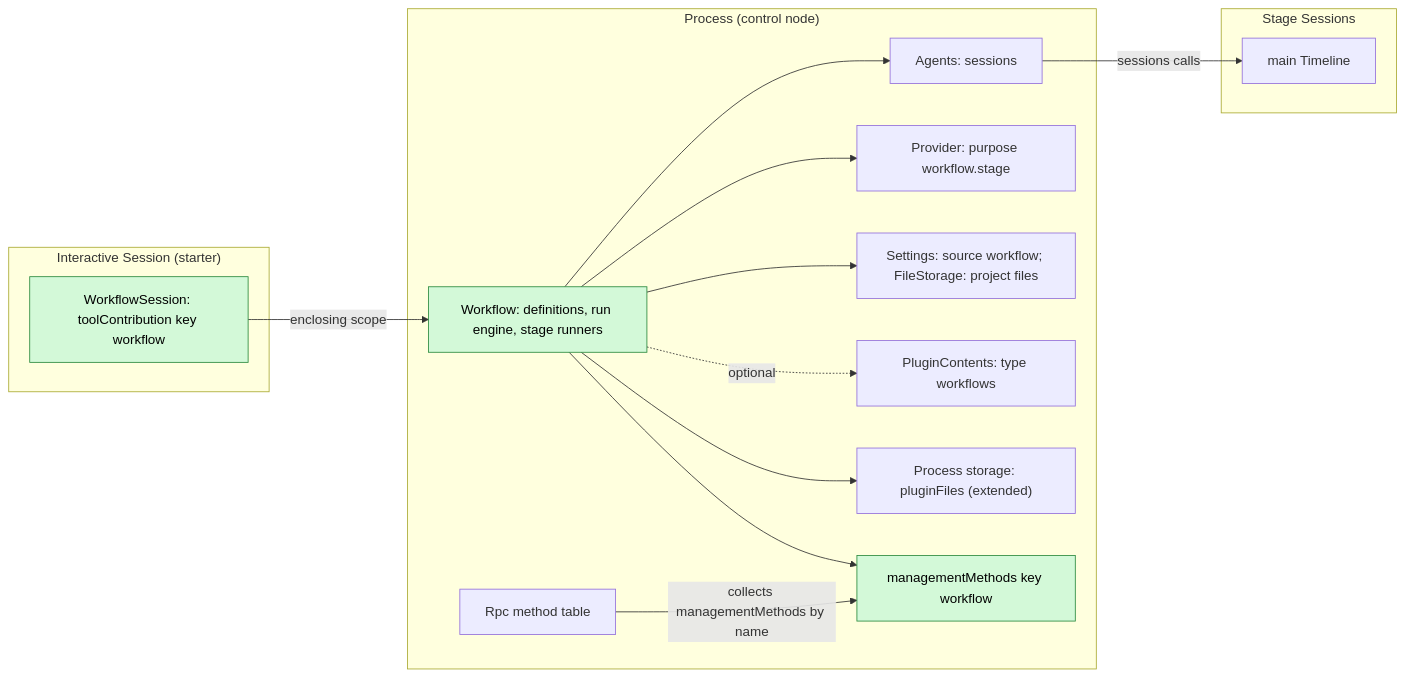
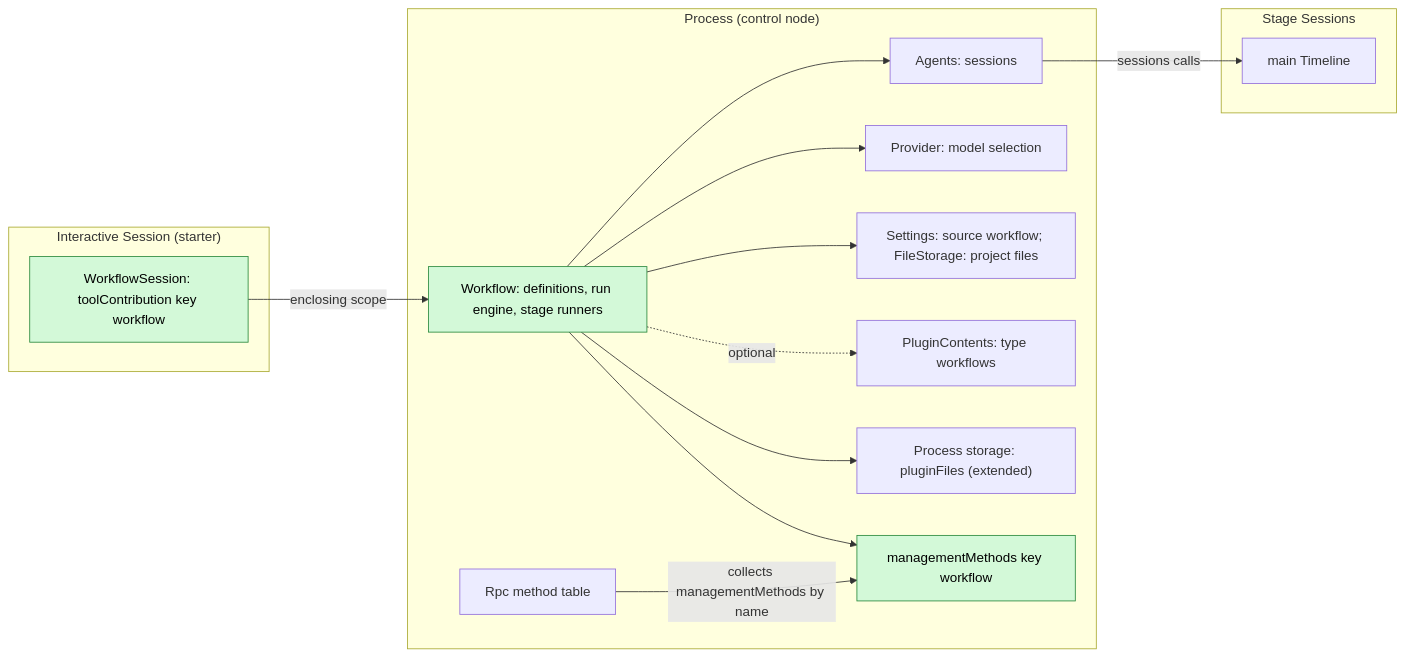
One commit to CoutinhoTTS/dim-agent changed the first of 6 diagrams in docs/design/plugins/Workflow.md. Above: the diagram before and after it, drawn with Mermaid. The commit also changed other lines of this file and 14 other files, not shown here.

````diff
--- a/docs/design/plugins/Workflow.md
+++ b/docs/design/plugins/Workflow.md
@@ -13,30 +13,30 @@
 ```mermaid
 flowchart LR
   subgraph PROC["Process (control node)"]
     WF["Workflow: definitions, run engine, stage runners"]
     MM["managementMethods key workflow"]
     Agents["Agents: sessions"]
-    Prov["Provider: purpose workflow.stage"]
+    Prov["Provider: model selection"]
     Set["Settings: source workflow; FileStorage: project files"]
     PC["PluginContents: type workflows"]
     Store["Process storage: pluginFiles (extended)"]
     Rpc["Rpc method table"]
   end
   subgraph SESS["Interactive Session (starter)"]
     Tool["WorkflowSession: toolContribution key workflow"]
   end
   subgraph STG["Stage Sessions"]
     TL["main Timeline"]
   end
   Tool -->|"enclosing scope"| WF
   WF --> Agents
   WF --> Prov
   WF --> Set
   WF -.->|"optional"| PC
   WF --> Store
   WF --> MM
   Rpc -->|"collects managementMethods by name"| MM
   Agents -->|"sessions calls"| TL
   classDef new fill:#d3f9d8,stroke:#2b8a3e,color:#000
   class WF,MM,Tool new
 ```
````
